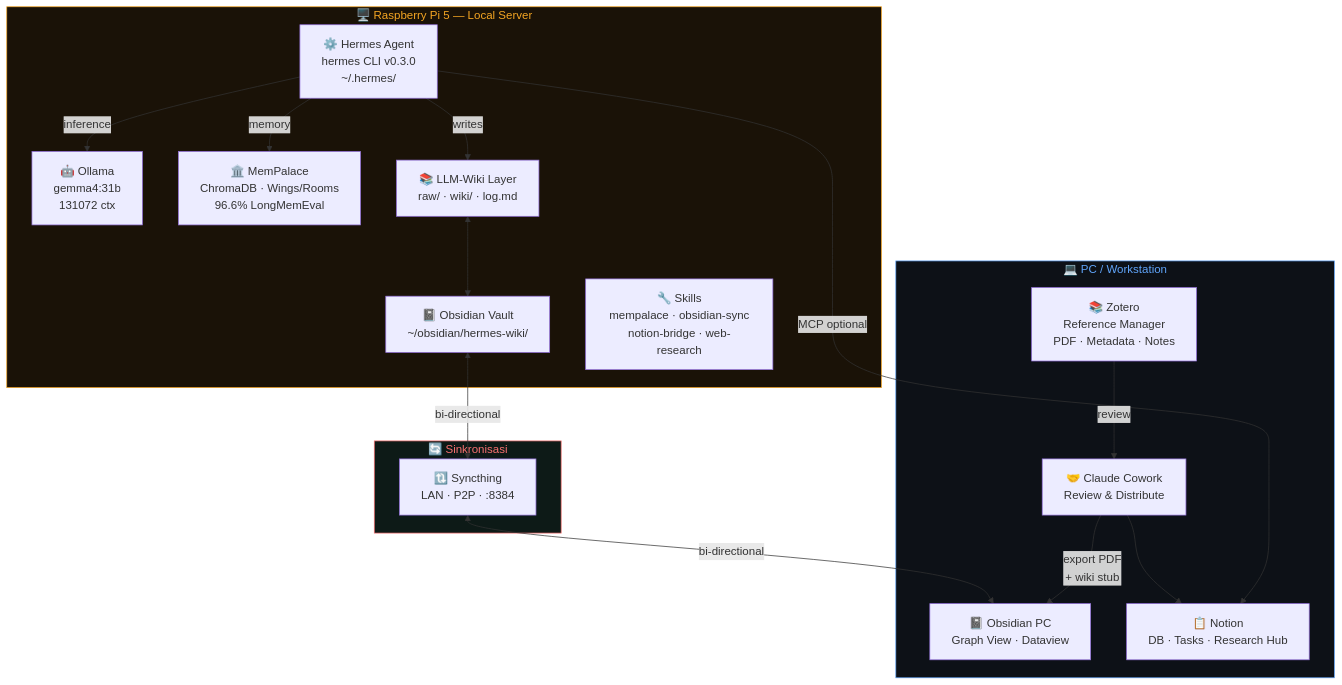
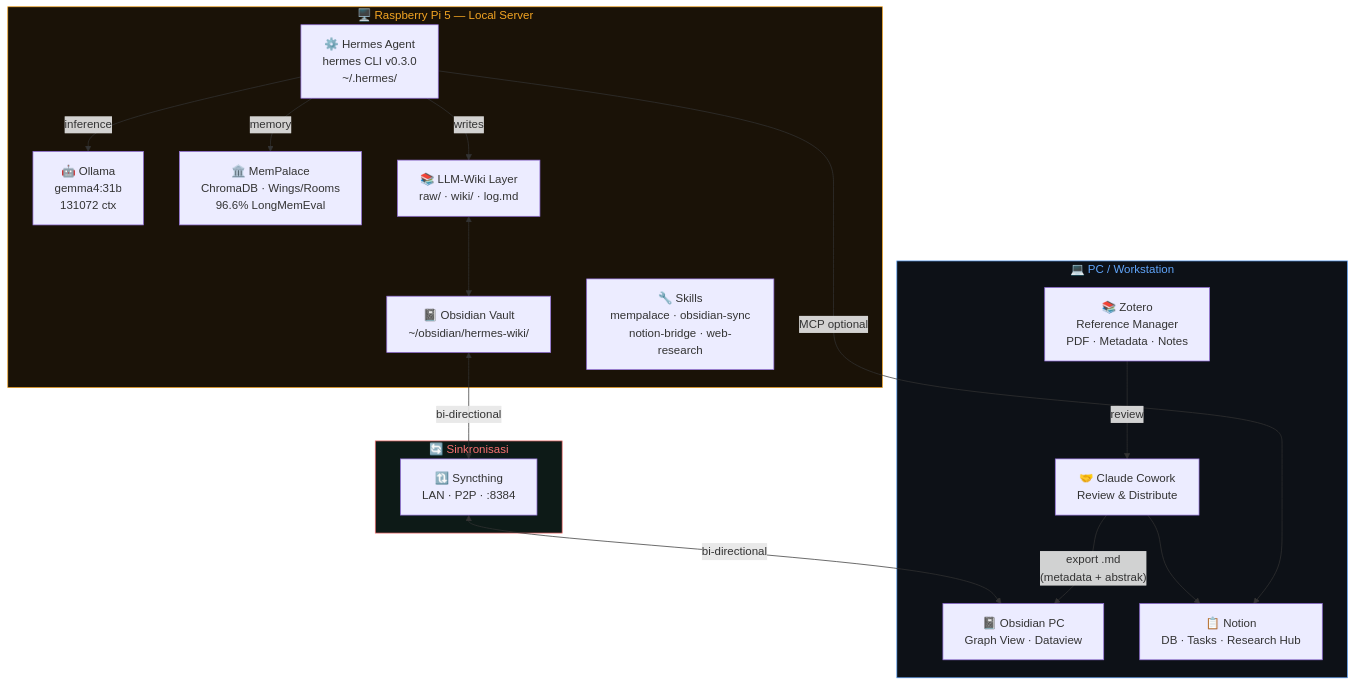
Before and after one commit to omankz/Hermes-Agent---Claude-Cowork---Notion---Obsidian: the first of 7 diagrams in README.md, drawn with Mermaid. The commit also changed other lines of this file, not shown here.

````diff
--- a/README.md
+++ b/README.md
@@ -46,37 +46,37 @@
 ```mermaid
 graph TB
     subgraph RPi5["🖥️ Raspberry Pi 5 — Local Server"]
         HA["⚙️ Hermes Agent\nhermes CLI v0.3.0\n~/.hermes/"]
         OL["🤖 Ollama\ngemma4:31b\n131072 ctx"]
         MP["🏛️ MemPalace\nChromaDB · Wings/Rooms\n96.6% LongMemEval"]
         OB_RPi["📓 Obsidian Vault\n~/obsidian/hermes-wiki/"]
         WK["📚 LLM-Wiki Layer\nraw/ · wiki/ · log.md"]
         SK["🔧 Skills\nmempalace · obsidian-sync\nnotion-bridge · web-research"]
     end
 
     subgraph SYNC["🔄 Sinkronisasi"]
         ST["🔃 Syncthing\nLAN · P2P · :8384"]
     end
 
     subgraph PC["💻 PC / Workstation"]
         OB_PC["📓 Obsidian PC\nGraph View · Dataview"]
         ZT["📚 Zotero\nReference Manager\nPDF · Metadata · Notes"]
         CW["🤝 Claude Cowork\nReview & Distribute"]
         NT["📋 Notion\nDB · Tasks · Research Hub"]
     end
 
     HA -- inference --> OL
     HA -- memory --> MP
     HA -- writes --> WK
     WK <--> OB_RPi
     OB_RPi <-- bi-directional --> ST
     ST <-- bi-directional --> OB_PC
     ZT -->|"review"| CW
-    CW -->|"export PDF\n+ wiki stub"| OB_PC
+    CW -->|"export .md\n(metadata + abstrak)"| OB_PC
     CW --> NT
     HA -- MCP optional --> NT
 
     style RPi5 fill:#1a1207,stroke:#f5a623,stroke-width:1px,color:#f5a623
     style SYNC fill:#0d1a17,stroke:#f87171,stroke-width:1px,color:#f87171
     style PC fill:#0d1117,stroke:#60a5fa,stroke-width:1px,color:#60a5fa
 ```
````
